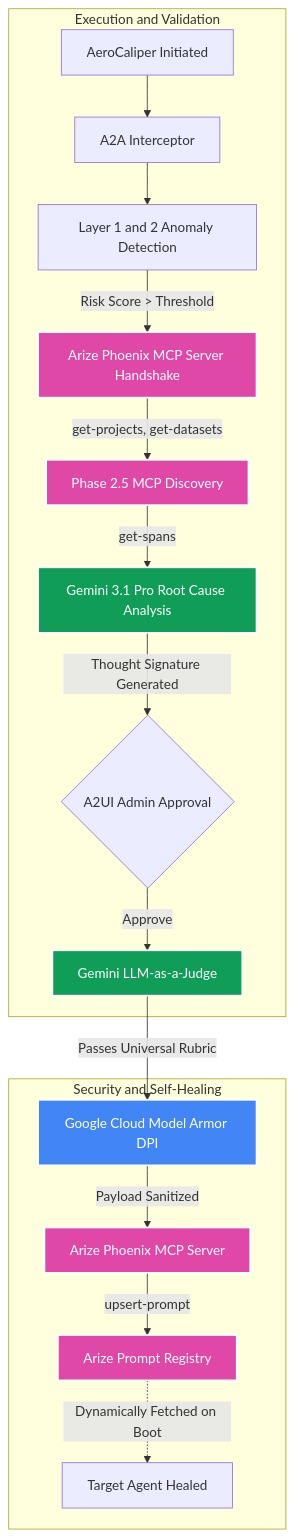
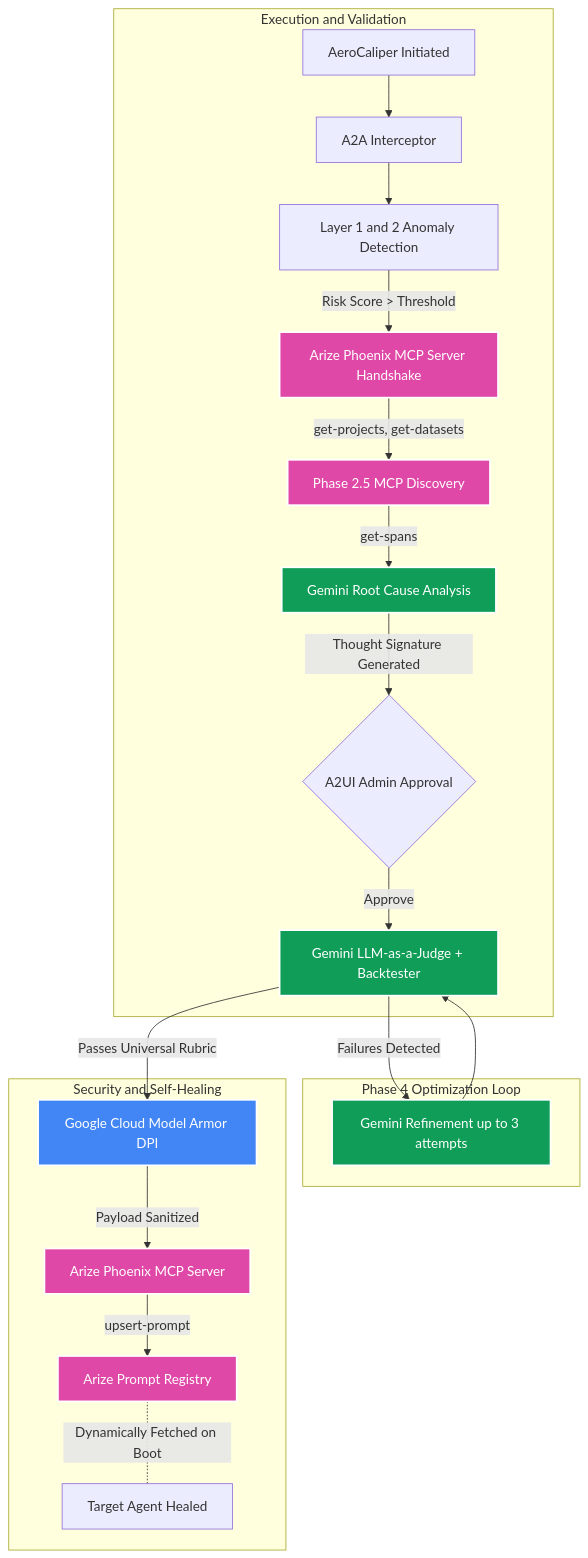
The diagram in docs/agent_architecture.md (vjb/AeroCaliper), drawn with Mermaid before and after one commit. The commit also changed other lines of this file and 5 other files, not shown here.

````diff
--- a/docs/agent_architecture.md
+++ b/docs/agent_architecture.md
@@ -7,31 +9,37 @@
 ```mermaid
 flowchart TD
     subgraph Execution and Validation
         A[AeroCaliper Initiated] --> B[A2A Interceptor]
         B --> C[Layer 1 and 2 Anomaly Detection]
         C -->|Risk Score > Threshold| D[Arize Phoenix MCP Server Handshake]
         D -- "get-projects, get-datasets" --> D2[Phase 2.5 MCP Discovery]
-        D2 -- "get-spans" --> E[Gemini 3.1 Pro Root Cause Analysis]
+        D2 -- "get-spans" --> E[Gemini Root Cause Analysis]
         E -- "Thought Signature Generated" --> F{A2UI Admin Approval}
-        F -- "Approve" --> G[Gemini LLM-as-a-Judge]
+        F -- "Approve" --> G[Gemini LLM-as-a-Judge + Backtester]
+    end
+
+    subgraph Phase 4 Optimization Loop
+        G -- "Failures Detected" --> OL[Gemini Refinement up to 3 attempts]
+        OL --> G
     end
 
     subgraph Security and Self-Healing
         G -- "Passes Universal Rubric" --> H[Google Cloud Model Armor DPI]
         H -- "Payload Sanitized" --> I[Arize Phoenix MCP Server]
         I -- "upsert-prompt" --> J[Arize Prompt Registry]
-        J -.->|Dynamically Fetched on Boot| K[Target Agent Healed]
+        J -.-|Dynamically Fetched on Boot| K[Target Agent Healed]
     end
 
     classDef gcp fill:#4285F4,stroke:#fff,stroke-width:2px,color:#fff;
     classDef arize fill:#E048A7,stroke:#fff,stroke-width:2px,color:#fff;
     classDef llm fill:#0F9D58,stroke:#fff,stroke-width:2px,color:#fff;
     
     H:::gcp
     D:::arize
     D2:::arize
     I:::arize
     J:::arize
     E:::llm
     G:::llm
+    OL:::llm
 ```
````
